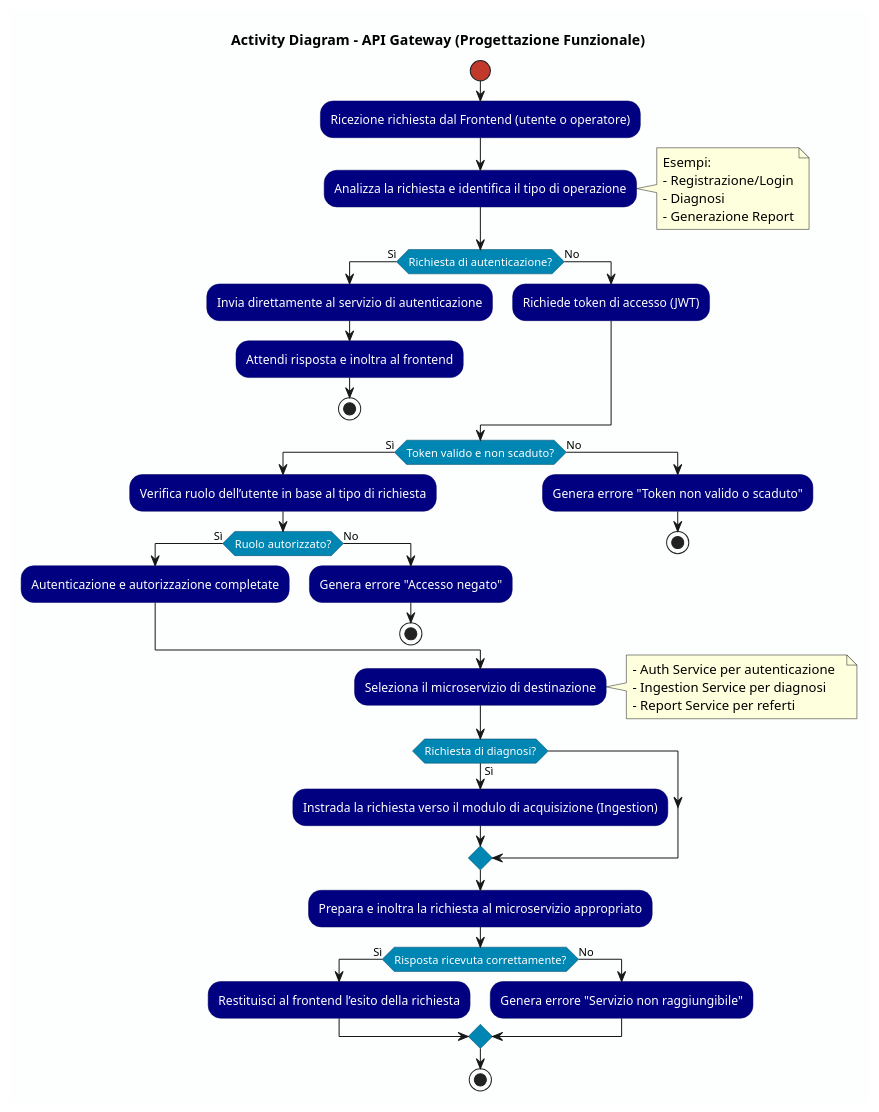
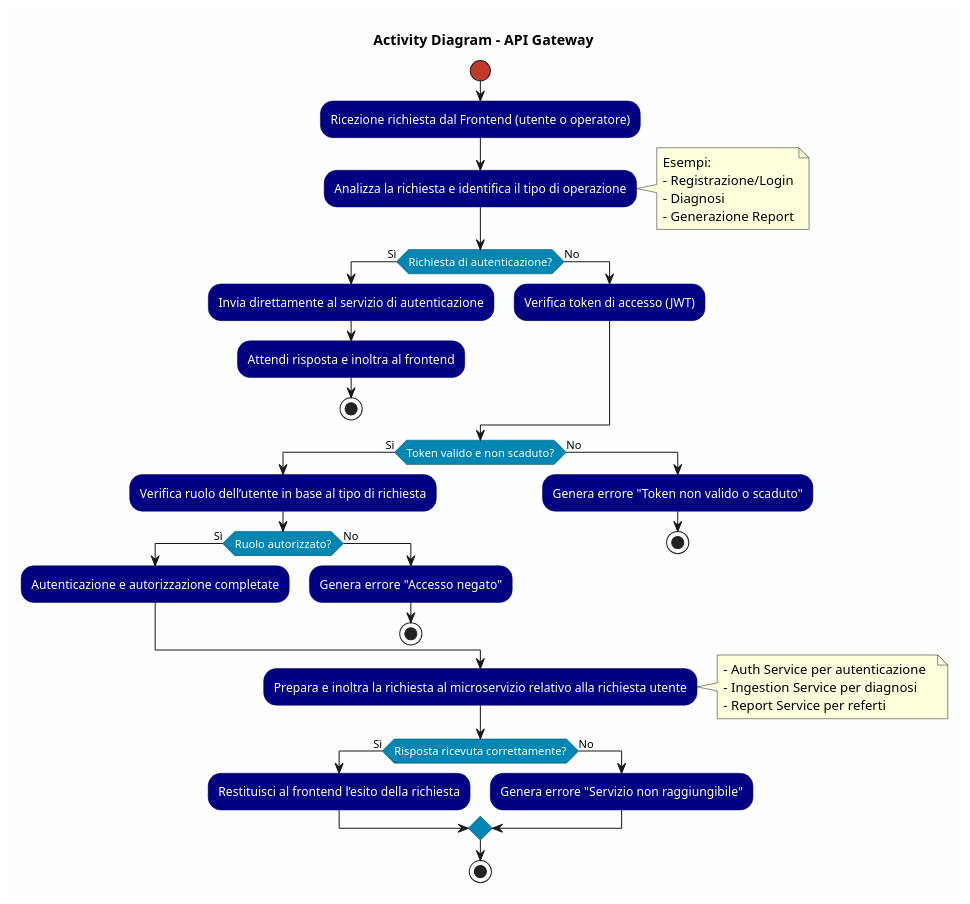
One commit to simodf7/HealthGate changed the diagram in documentation/diagrammi/activity_diagram_API.puml. Above: the diagram before and after it, drawn with PlantUML. The commit also changed 29 other files, not shown here.

```diff
--- a/documentation/diagrammi/activity_diagram_API.puml
+++ b/documentation/diagrammi/activity_diagram_API.puml
@@ -1,68 +1,62 @@
 @startuml activity_diagram_API
-title Activity Diagram - API Gateway (Progettazione Funzionale)
+title Activity Diagram - API Gateway
 
 skinparam backgroundColor #FDFEFE
 skinparam activity {
   BackgroundColor #000080
   BorderColor #000060
   FontColor white
   DiamondBackgroundColor #0086b3
   DiamondBorderColor #004466
   StartColor #C0392B
   EndColor #C0392B
 }
 
 start
 
 :Ricezione richiesta dal Frontend (utente o operatore);
 
 :Analizza la richiesta e identifica il tipo di operazione;
 note right
 Esempi:
 - Registrazione/Login
 - Diagnosi
 - Generazione Report
 end note
 
 if (Richiesta di autenticazione?) then (Sì)
   :Invia direttamente al servizio di autenticazione;
   :Attendi risposta e inoltra al frontend;
   stop
 else (No)
-  :Richiede token di accesso (JWT);
+  :Verifica token di accesso (JWT);
 endif
 
 if (Token valido e non scaduto?) then (Sì)
   :Verifica ruolo dell’utente in base al tipo di richiesta;
   if (Ruolo autorizzato?) then (Sì)
     :Autenticazione e autorizzazione completate;
   else (No)
     :Genera errore "Accesso negato";
     stop
   endif
 else (No)
   :Genera errore "Token non valido o scaduto";
   stop
 endif
 
-:Seleziona il microservizio di destinazione;
+:Prepara e inoltra la richiesta al microservizio relativo alla richiesta utente;
 note right
 - Auth Service per autenticazione  
 - Ingestion Service per diagnosi  
 - Report Service per referti
 end note
-
-if (Richiesta di diagnosi?) then (Sì)
-  :Instrada la richiesta verso il modulo di acquisizione (Ingestion);
-endif
-
-:Prepara e inoltra la richiesta al microservizio appropriato;
 
 if (Risposta ricevuta correttamente?) then (Sì)
   :Restituisci al frontend l’esito della richiesta;
 else (No)
   :Genera errore "Servizio non raggiungibile";
 endif
 
 stop
 @enduml
```
